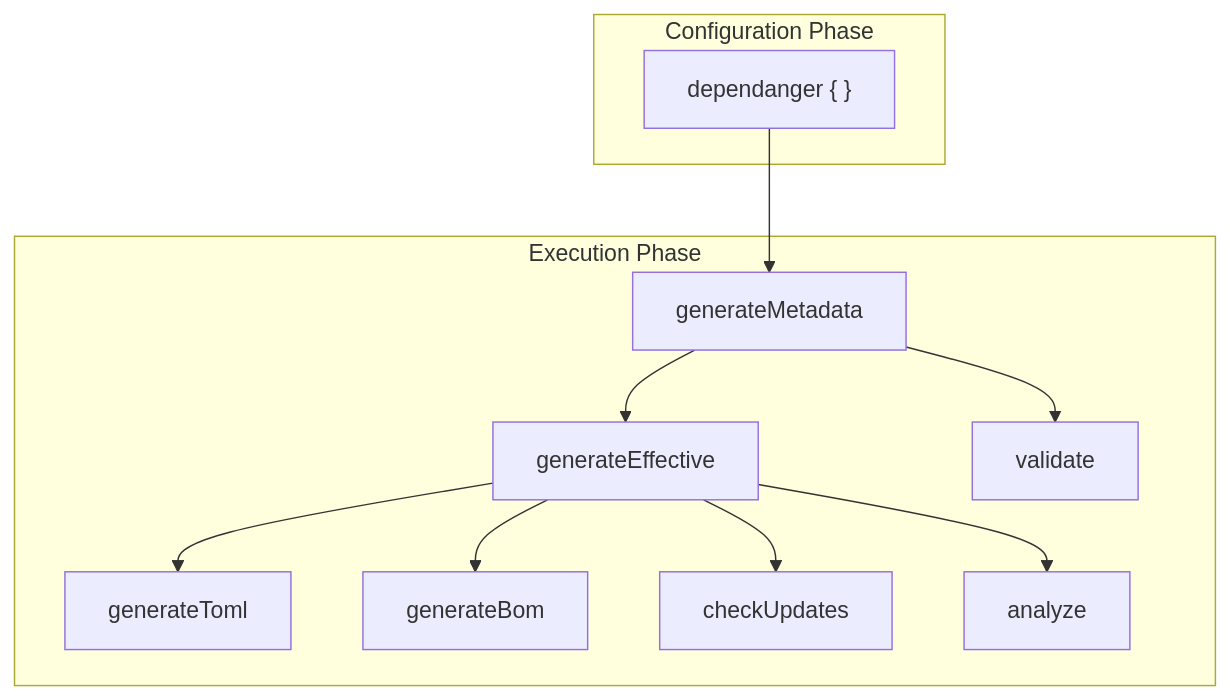
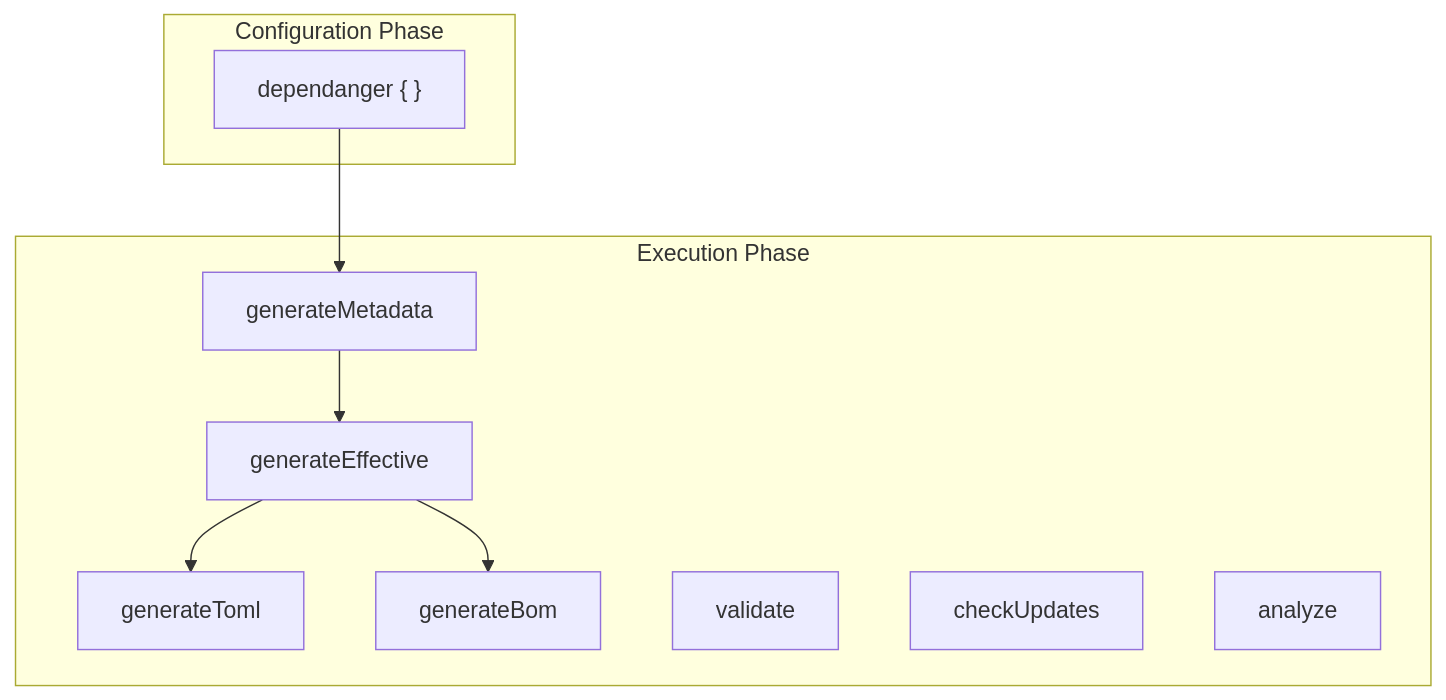
One commit to zenhelix/dependanger changed the diagram in docs/03-interfaces/gradle-plugin.adoc. Above: the diagram before and after it, drawn with Mermaid. The commit also changed other lines of this file and 9 other files, not shown here.

```diff
--- a/docs/03-interfaces/gradle-plugin.adoc
+++ b/docs/03-interfaces/gradle-plugin.adoc
@@ -510,23 +510,20 @@
 [mermaid,target=gradle-lifecycle,format=svg]
 ----
 flowchart TB
     subgraph Config["Configuration Phase"]
         DSL["dependanger { }"]
     end
     subgraph Exec["Execution Phase"]
         GM["generateMetadata"]
         GE["generateEffective"]
         GT["generateToml"]
         GB["generateBom"]
         V["validate"]
         CU["checkUpdates"]
         A["analyze"]
     end
     DSL --> GM
     GM --> GE
     GE --> GT
     GE --> GB
-    GM --> V
-    GE --> CU
-    GE --> A
 ----
```
